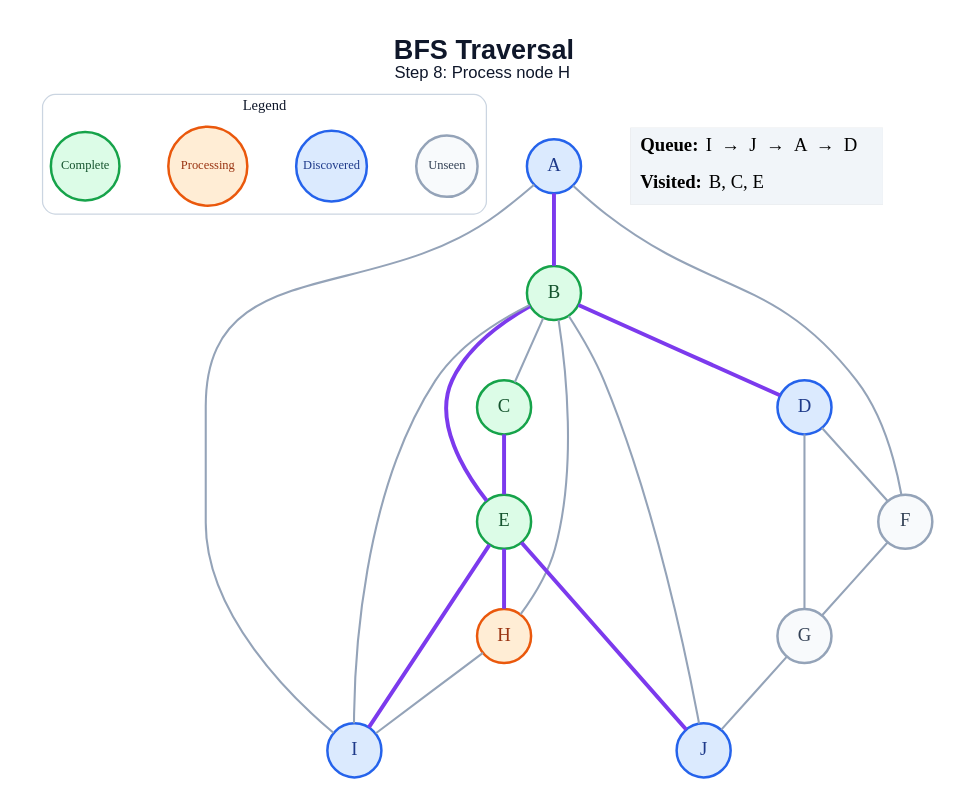
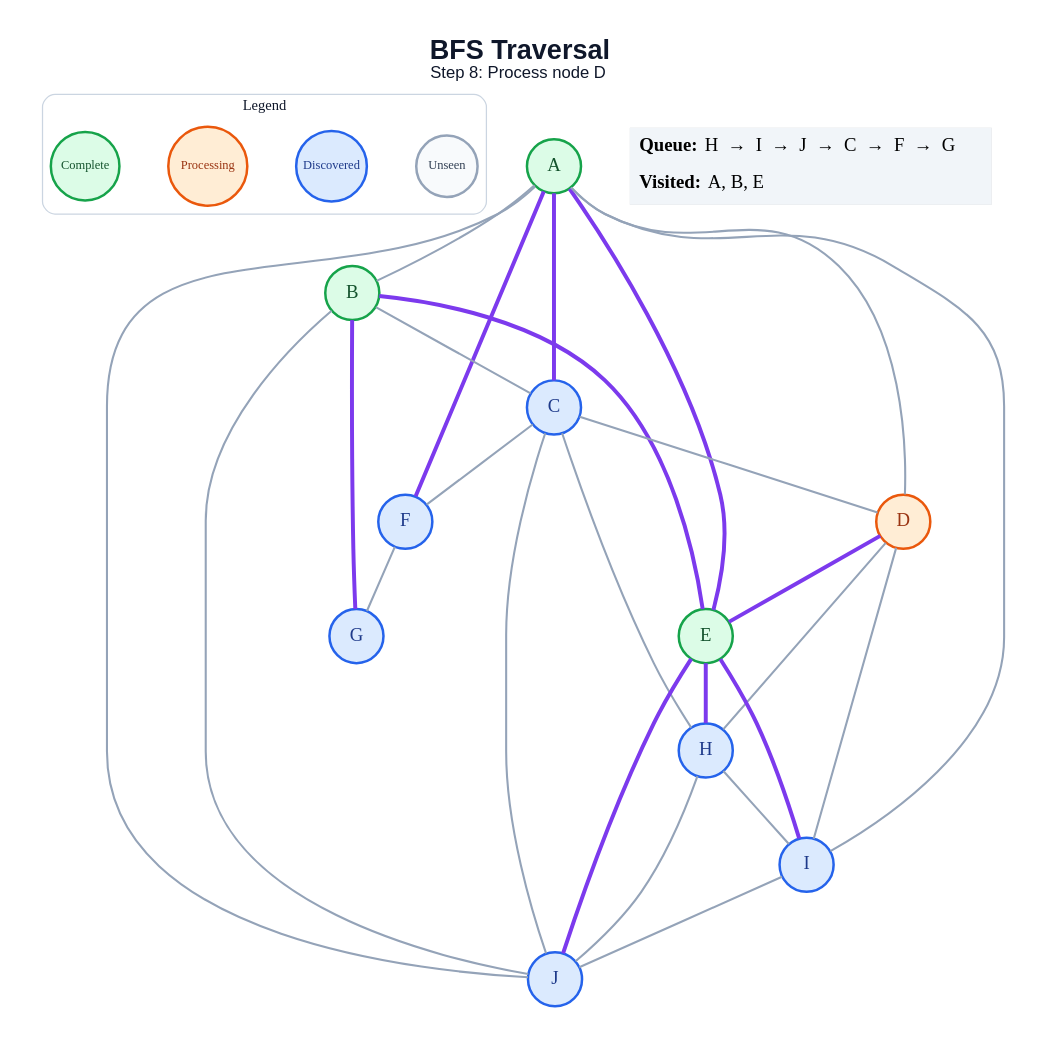
Before and after one commit to amanghodawala9/ai-slop: the diagram in generated/specific-node/bfs/step_08.dot, drawn with Graphviz. The commit also changed 178 other files, not shown here.

```diff
--- a/generated/specific-node/bfs/step_08.dot
+++ b/generated/specific-node/bfs/step_08.dot
@@ -1,47 +1,54 @@
 graph traversal {
   graph [layout=dot, rankdir=TB, bgcolor="#FFFFFF", pad="0.35", nodesep="0.65", ranksep="0.8", fontname="Arial"];
   node [shape=circle, style="filled", fontname="Arial Bold", fontsize=18, width=0.72, fixedsize=true, penwidth=2.4];
   edge [color="#94A3B8", penwidth=2.0];
-  label=<<B>BFS Traversal</B><BR/><FONT POINT-SIZE="16">Step 8: Process node H</FONT>>; labelloc="t"; fontsize=26; fontname="Arial"; fontcolor="#0F172A";
+  label=<<B>BFS Traversal</B><BR/><FONT POINT-SIZE="16">Step 8: Process node D</FONT>>; labelloc="t"; fontsize=26; fontname="Arial"; fontcolor="#0F172A";
   subgraph cluster_legend { label="Legend"; color="#CBD5E1"; penwidth=1.2; style="rounded"; fontsize=14; fontname="Arial Bold";
     key_unseen [label="Unseen", fillcolor="#F8FAFC", color="#94A3B8", fontcolor="#334155", fontsize=12, width=0.82];
     key_frontier [label="Discovered", fillcolor="#DBEAFE", color="#2563EB", fontcolor="#1E3A8A", fontsize=12, width=0.95];
     key_current [label="Processing", fillcolor="#FFEDD5", color="#EA580C", fontcolor="#9A3412", fontsize=12, width=1.05];
     key_done [label="Complete", fillcolor="#DCFCE7", color="#16A34A", fontcolor="#14532D", fontsize=12, width=0.92];
     { rank=same; key_unseen; key_frontier; key_current; key_done; }
   }
-  A [fillcolor="#DBEAFE", color="#2563EB", fontcolor="#1E3A8A"];
+  A [fillcolor="#DCFCE7", color="#16A34A", fontcolor="#14532D"];
   B [fillcolor="#DCFCE7", color="#16A34A", fontcolor="#14532D"];
-  C [fillcolor="#DCFCE7", color="#16A34A", fontcolor="#14532D"];
-  D [fillcolor="#DBEAFE", color="#2563EB", fontcolor="#1E3A8A"];
+  C [fillcolor="#DBEAFE", color="#2563EB", fontcolor="#1E3A8A"];
+  D [fillcolor="#FFEDD5", color="#EA580C", fontcolor="#9A3412"];
   E [fillcolor="#DCFCE7", color="#16A34A", fontcolor="#14532D"];
-  F [fillcolor="#F8FAFC", color="#94A3B8", fontcolor="#334155"];
-  G [fillcolor="#F8FAFC", color="#94A3B8", fontcolor="#334155"];
-  H [fillcolor="#FFEDD5", color="#EA580C", fontcolor="#9A3412"];
+  F [fillcolor="#DBEAFE", color="#2563EB", fontcolor="#1E3A8A"];
+  G [fillcolor="#DBEAFE", color="#2563EB", fontcolor="#1E3A8A"];
+  H [fillcolor="#DBEAFE", color="#2563EB", fontcolor="#1E3A8A"];
   I [fillcolor="#DBEAFE", color="#2563EB", fontcolor="#1E3A8A"];
   J [fillcolor="#DBEAFE", color="#2563EB", fontcolor="#1E3A8A"];
-  A -- B [color="#7C3AED", penwidth=3.8];
-  A -- F;
+  A -- B;
+  A -- C [color="#7C3AED", penwidth=3.8];
+  A -- D;
+  A -- E [color="#7C3AED", penwidth=3.8];
+  A -- F [color="#7C3AED", penwidth=3.8];
   A -- I;
+  A -- J;
   B -- C;
-  B -- D [color="#7C3AED", penwidth=3.8];
   B -- E [color="#7C3AED", penwidth=3.8];
-  B -- H;
-  B -- I;
+  B -- G [color="#7C3AED", penwidth=3.8];
   B -- J;
-  C -- E [color="#7C3AED", penwidth=3.8];
-  D -- F;
-  D -- G;
+  C -- D;
+  C -- F;
+  C -- H;
+  C -- J;
+  D -- E [color="#7C3AED", penwidth=3.8];
+  D -- H;
+  D -- I;
   E -- H [color="#7C3AED", penwidth=3.8];
   E -- I [color="#7C3AED", penwidth=3.8];
   E -- J [color="#7C3AED", penwidth=3.8];
   F -- G;
-  G -- J;
   H -- I;
+  H -- J;
+  I -- J;
   status [shape=plain, fixedsize=false, width=0, height=0, margin=0, label=<
     <TABLE BORDER="0" CELLBORDER="0" CELLPADDING="7" BGCOLOR="#F1F5F9">
-      <TR><TD ALIGN="LEFT"><B>Queue:</B> I  →  J  →  A  →  D</TD></TR>
-      <TR><TD ALIGN="LEFT"><B>Visited:</B> B, C, E</TD></TR>
+      <TR><TD ALIGN="LEFT"><B>Queue:</B> H  →  I  →  J  →  C  →  F  →  G</TD></TR>
+      <TR><TD ALIGN="LEFT"><B>Visited:</B> A, B, E</TD></TR>
     </TABLE>
   >];
 }
```
